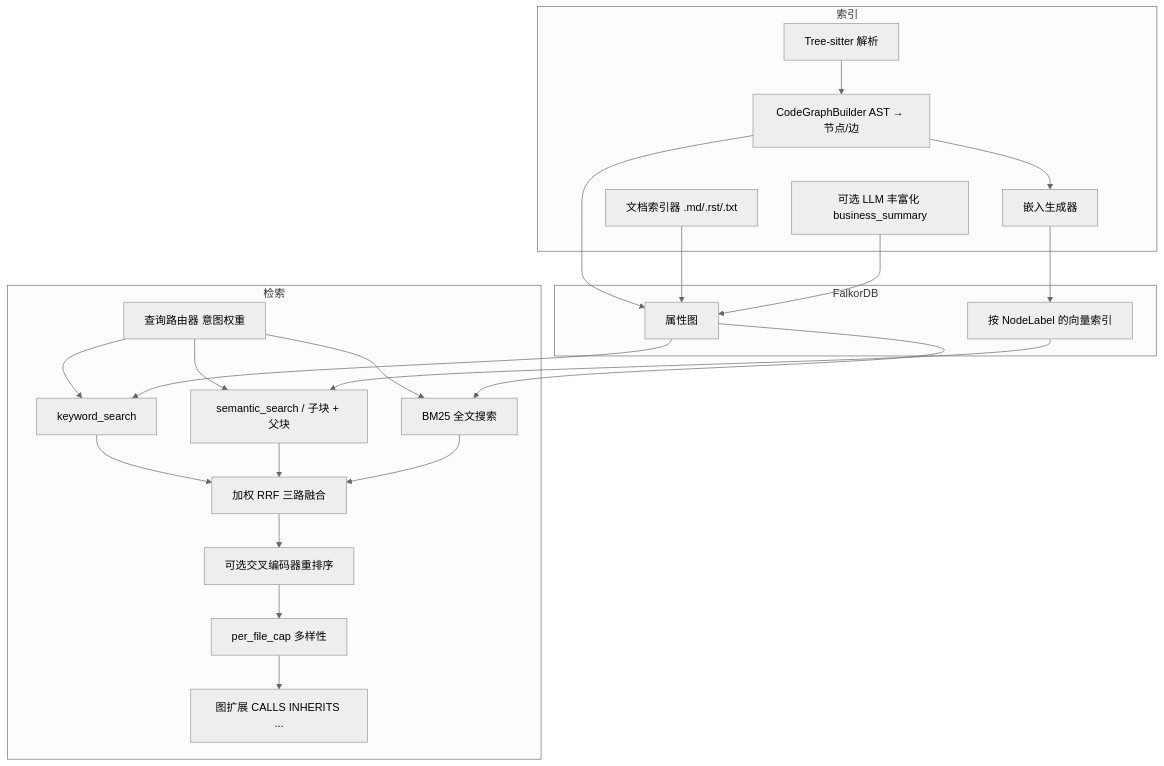
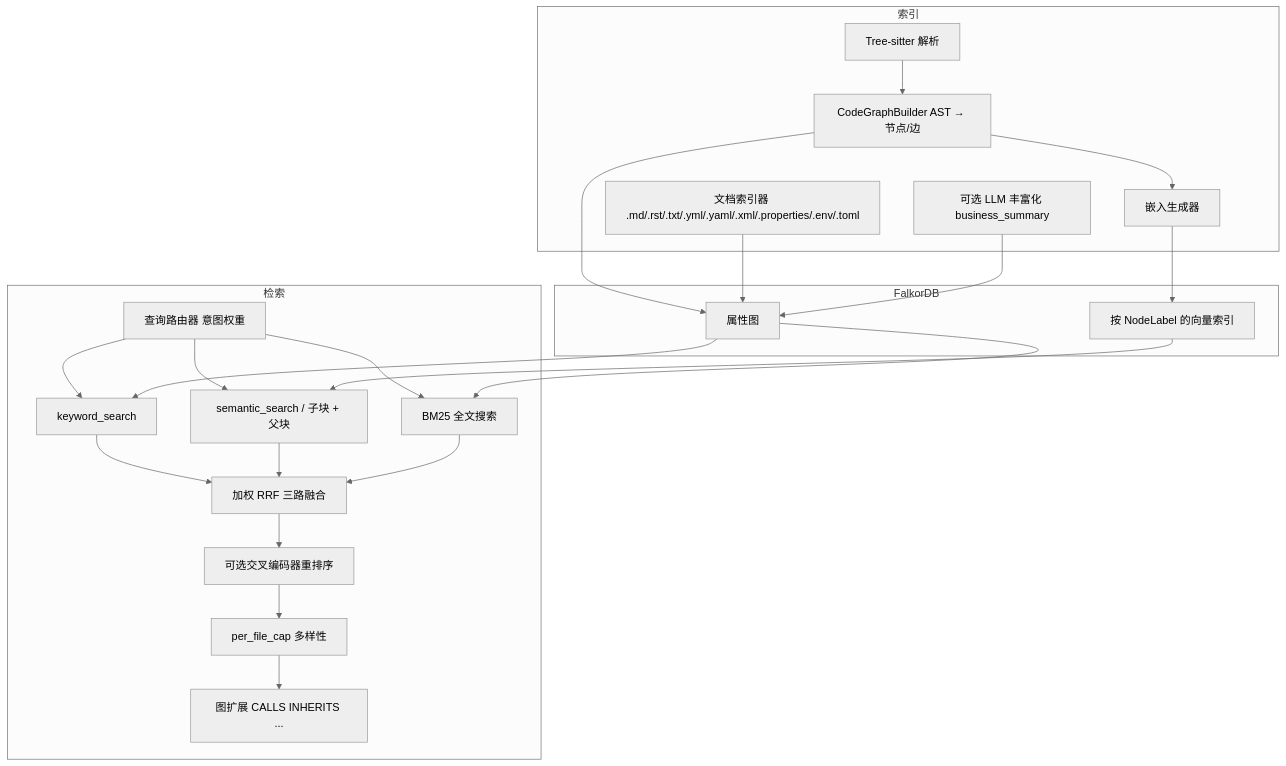
Before and after one commit to EarthChen/knowledge-base-service: the diagram in docs/ARCHITECTURE.md, drawn with Mermaid (neutral theme). The commit also changed other lines of this file and 5 other files, not shown here.

````diff
--- a/docs/ARCHITECTURE.md
+++ b/docs/ARCHITECTURE.md
@@ -5,41 +5,41 @@
 ```mermaid
 flowchart TB
   subgraph ingest [索引]
     TS[Tree-sitter 解析]
     CGB[CodeGraphBuilder AST → 节点/边]
-    DOC[文档索引器 .md/.rst/.txt]
+    DOC[文档索引器 .md/.rst/.txt/.yml/.yaml/.xml/.properties/.env/.toml]
     EMB[嵌入生成器]
     ENR[可选 LLM 丰富化 business_summary]
   end
 
   subgraph store [FalkorDB]
     G[属性图]
     V[按 NodeLabel 的向量索引]
   end
 
   subgraph retrieve [检索]
     QR[查询路由器 意图权重]
     KW[keyword_search]
     SEM[semantic_search / 子块 + 父块]
     BM25[BM25 全文搜索]
     RRF[加权 RRF 三路融合]
     RR[可选交叉编码器重排序]
     CAP[per_file_cap 多样性]
     EXP[图扩展 CALLS INHERITS ...]
   end
 
   TS --> CGB --> G
   DOC --> G
   CGB --> EMB --> V
   ENR --> G
   KW --> RRF
   SEM --> RRF
   BM25 --> RRF
   QR --> KW
   QR --> SEM
   QR --> BM25
   RRF --> RR --> CAP --> EXP
   G --> KW
   V --> SEM
   G --> BM25
 ```
````
